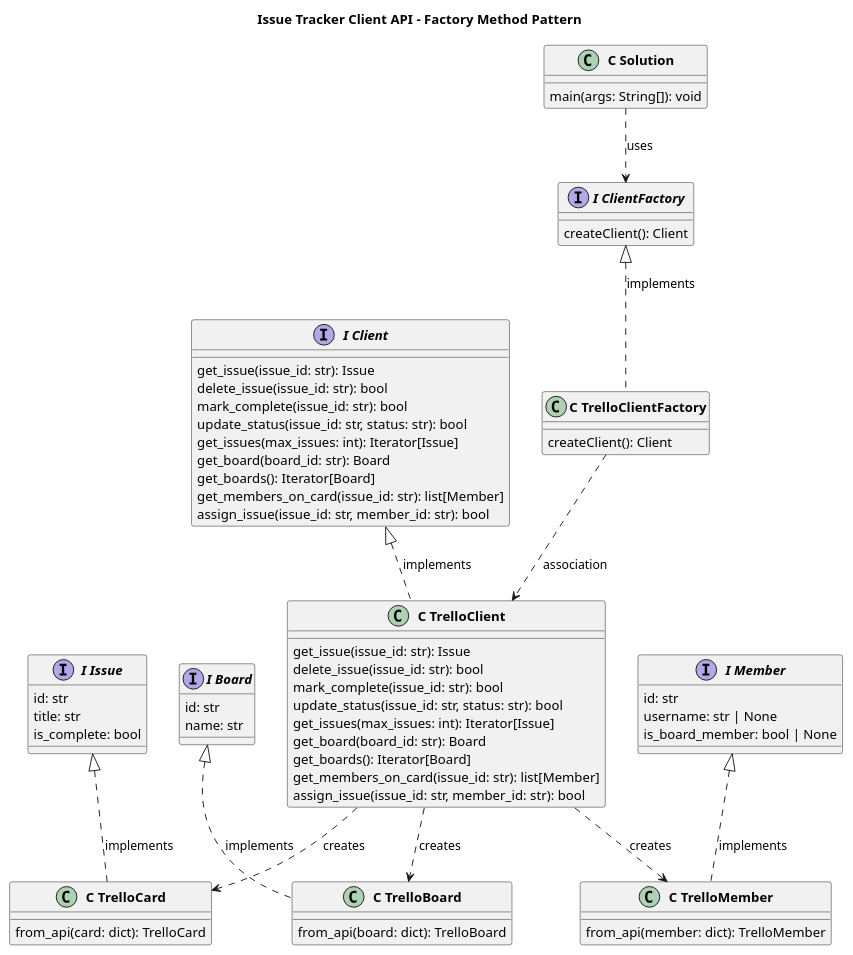
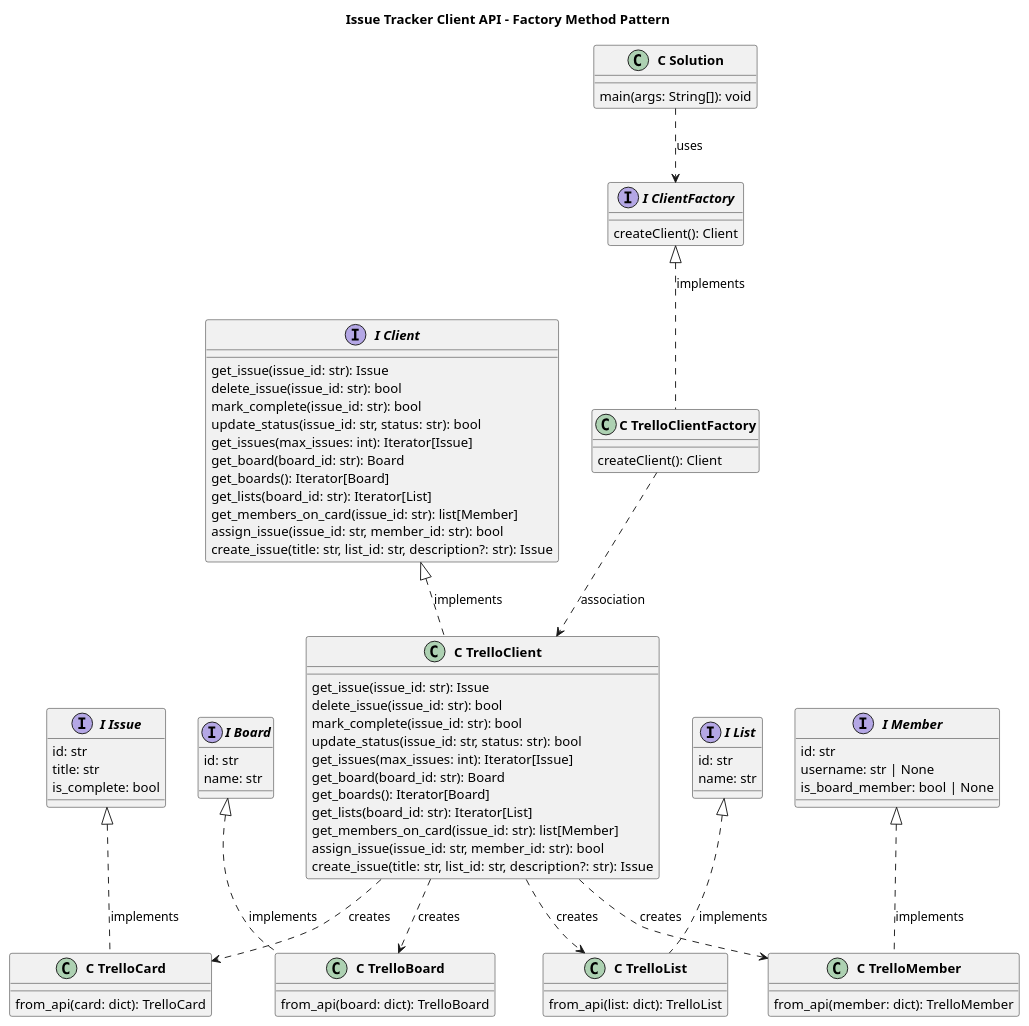
Before and after one commit to riddhixraina/ospsd-team-07: the diagram in docs/architecture.puml, drawn with PlantUML. The commit also changed 19 other files, not shown here.

Commit message:
create_issue and List object

```diff
--- a/docs/architecture.puml
+++ b/docs/architecture.puml
@@ -1,94 +1,109 @@
 @startuml Issue Tracker Client Architecture
 
 skinparam classAttributeIconSize 0
 skinparam classFontStyle bold
 skinparam packageStyle rectangle
 
 title Issue Tracker Client API - Factory Method Pattern
 
 ' Client (Consumer)
 class "C Solution" as Solution {
   main(args: String[]): void
 }
 
 ' ClientFactory interface
 interface "I ClientFactory" as ClientFactory {
   createClient(): Client
 }
 
 ' Client interface
 interface "I Client" as Client {
   get_issue(issue_id: str): Issue
   delete_issue(issue_id: str): bool
   mark_complete(issue_id: str): bool
   update_status(issue_id: str, status: str): bool
   get_issues(max_issues: int): Iterator[Issue]
   get_board(board_id: str): Board
   get_boards(): Iterator[Board]
+  get_lists(board_id: str): Iterator[List]
   get_members_on_card(issue_id: str): list[Member]
   assign_issue(issue_id: str, member_id: str): bool
+  create_issue(title: str, list_id: str, description?: str): Issue
 }
 
 ' Concrete factories
 class "C TrelloClientFactory" as TrelloClientFactory {
   createClient(): Client
 }
 
 ' Domain interfaces
 interface "I Issue" as Issue {
   id: str
   title: str
   is_complete: bool
 }
 
 interface "I Board" as Board {
   id: str
   name: str
 }
 
+interface "I List" as List {
+  id: str
+  name: str
+}
+
 interface "I Member" as Member {
   id: str
   username: str | None
   is_board_member: bool | None
 }
 
 ' Concrete domain implementations
 class "C TrelloCard" as TrelloCard {
   from_api(card: dict): TrelloCard
 }
 
 class "C TrelloBoard" as TrelloBoard {
   from_api(board: dict): TrelloBoard
 }
 
+class "C TrelloList" as TrelloList {
+  from_api(list: dict): TrelloList
+}
+
 class "C TrelloMember" as TrelloMember {
   from_api(member: dict): TrelloMember
 }
 
 class "C TrelloClient" as TrelloClient {
   get_issue(issue_id: str): Issue
   delete_issue(issue_id: str): bool
   mark_complete(issue_id: str): bool
   update_status(issue_id: str, status: str): bool
   get_issues(max_issues: int): Iterator[Issue]
   get_board(board_id: str): Board
   get_boards(): Iterator[Board]
+  get_lists(board_id: str): Iterator[List]
   get_members_on_card(issue_id: str): list[Member]
   assign_issue(issue_id: str, member_id: str): bool
+  create_issue(title: str, list_id: str, description?: str): Issue
 }
 
 ' Relationships
 Solution ..> ClientFactory : uses
 ClientFactory <|.. TrelloClientFactory : implements
 TrelloClientFactory ..> TrelloClient : association
 
 Client <|.. TrelloClient : implements
 TrelloClient ..> TrelloCard : creates
 TrelloClient ..> TrelloBoard : creates
+TrelloClient ..> TrelloList : creates
 TrelloClient ..> TrelloMember : creates
 
 Issue <|.. TrelloCard : implements
 Board <|.. TrelloBoard : implements
+List <|.. TrelloList : implements
 Member <|.. TrelloMember : implements
 
 @enduml
```
